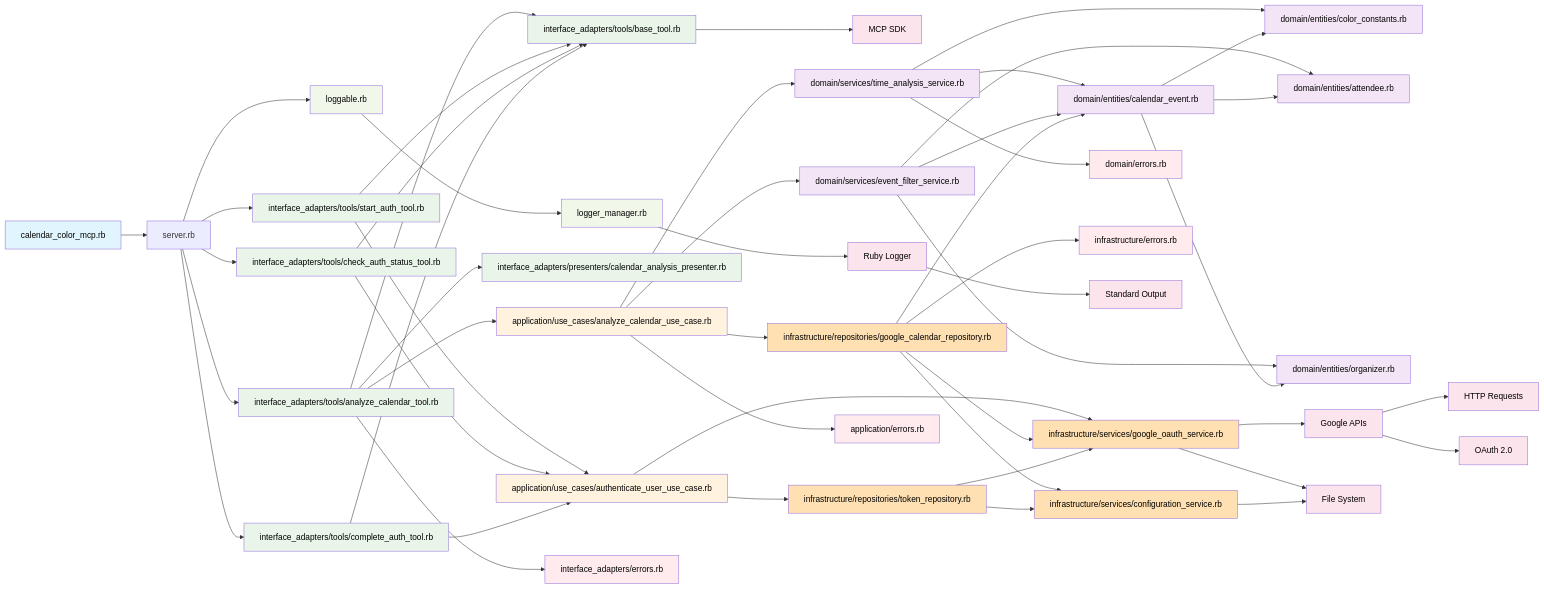
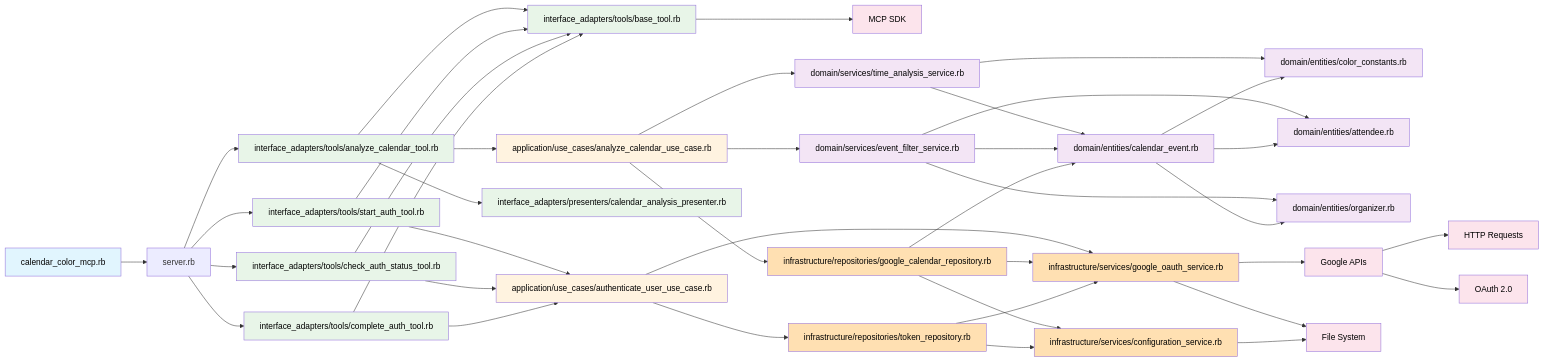
Before and after one commit to talasago/gcal-color-time-tracker-mcp: the diagram in docs/lib-dependencies.md, drawn with Mermaid. The commit also changed other lines of this file, not shown here.

Commit message:
docs: simplify dependency diagram by omitting logging and error handling components

````diff
--- a/docs/lib-dependencies.md
+++ b/docs/lib-dependencies.md
@@ -6,7 +6,6 @@
     Main[calendar_color_mcp.rb] --> Server[server.rb]
     
     %% Server Dependencies
-    Server --> Loggable[loggable.rb]
     Server --> AnalyzeTool[interface_adapters/tools/analyze_calendar_tool.rb]
     Server --> StartAuthTool[interface_adapters/tools/start_auth_tool.rb]
     Server --> CheckAuthTool[interface_adapters/tools/check_auth_status_tool.rb]
@@ -53,20 +52,13 @@
     GoogleOAuthService --> FileSystem[File System]
     ConfigurationService --> FileSystem
     
-    %% Logging System
-    Loggable --> LoggerManager[logger_manager.rb]
-    LoggerManager --> Logger[Ruby Logger]
-    
-    %% Error Handling
-    AnalyzeTool --> InterfaceErrors[interface_adapters/errors.rb]
-    AnalyzeUseCase --> ApplicationErrors[application/errors.rb]
-    TimeAnalysisService --> DomainErrors[domain/errors.rb]
-    GoogleCalendarRepo --> InfrastructureErrors[infrastructure/errors.rb]
+    %% Note: Logging system (loggable.rb, logger_manager.rb) and error classes (errors.rb) 
+    %% are omitted from this diagram for clarity as they are cross-cutting concerns
+    %% used throughout multiple layers
     
     %% External Dependencies
     GoogleAPI --> HTTP[HTTP Requests]
     GoogleAPI --> OAuth[OAuth 2.0]
-    Logger --> STDOUT[Standard Output]
     
     %% Styling
     classDef entryPoint fill:#e1f5fe,color:#000
@@ -74,8 +66,6 @@
     classDef application fill:#fff3e0,color:#000
     classDef domain fill:#f3e5f5,color:#000
     classDef infrastructure fill:#ffe0b2,color:#000
-    classDef logging fill:#f1f8e9,color:#000
-    classDef errors fill:#ffebee,color:#000
     classDef external fill:#fce4ec,color:#000
     
     class Main entryPoint
@@ -83,7 +73,5 @@
     class AnalyzeUseCase,AuthenticateUseCase application
     class TimeAnalysisService,EventFilterService,CalendarEvent,ColorConstants,Attendee,Organizer domain
     class GoogleCalendarRepo,TokenRepo,GoogleOAuthService,ConfigurationService infrastructure
-    class Loggable,LoggerManager logging
-    class InterfaceErrors,ApplicationErrors,DomainErrors,InfrastructureErrors errors
-    class MCP,GoogleAPI,FileSystem,HTTP,OAuth,Logger,STDOUT external
+    class MCP,GoogleAPI,FileSystem,HTTP,OAuth external
 ```
````
